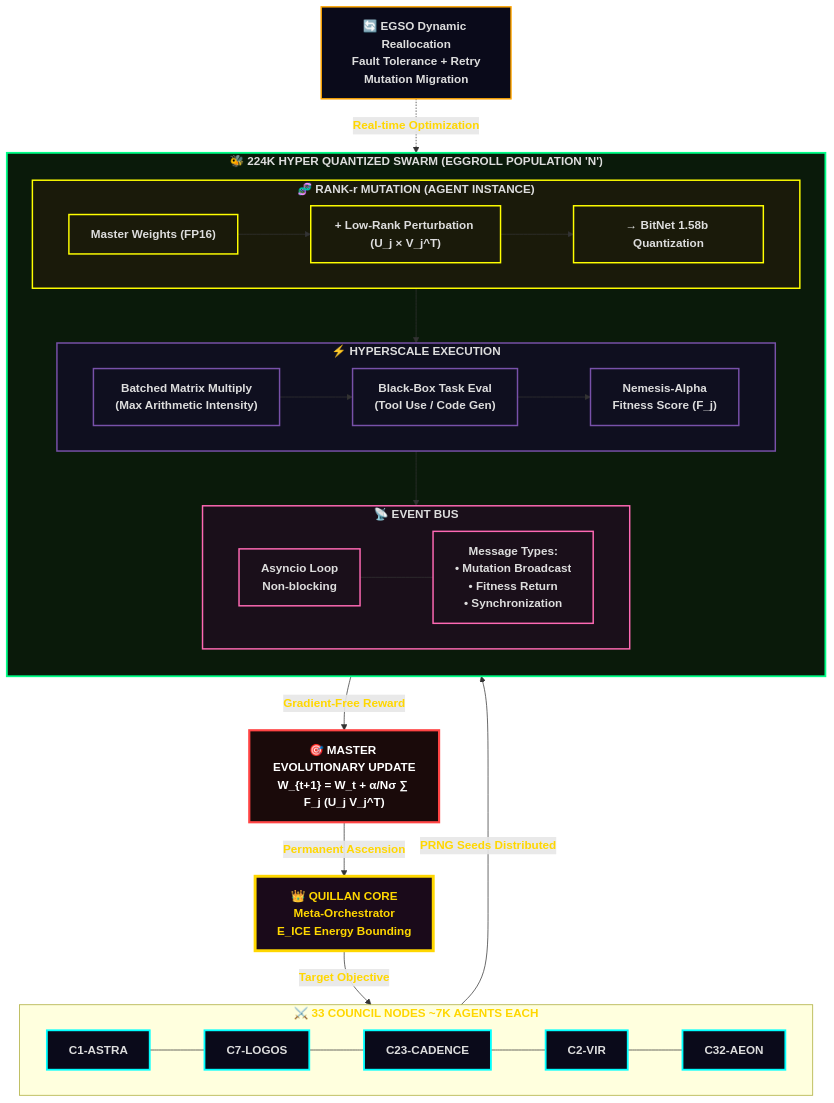
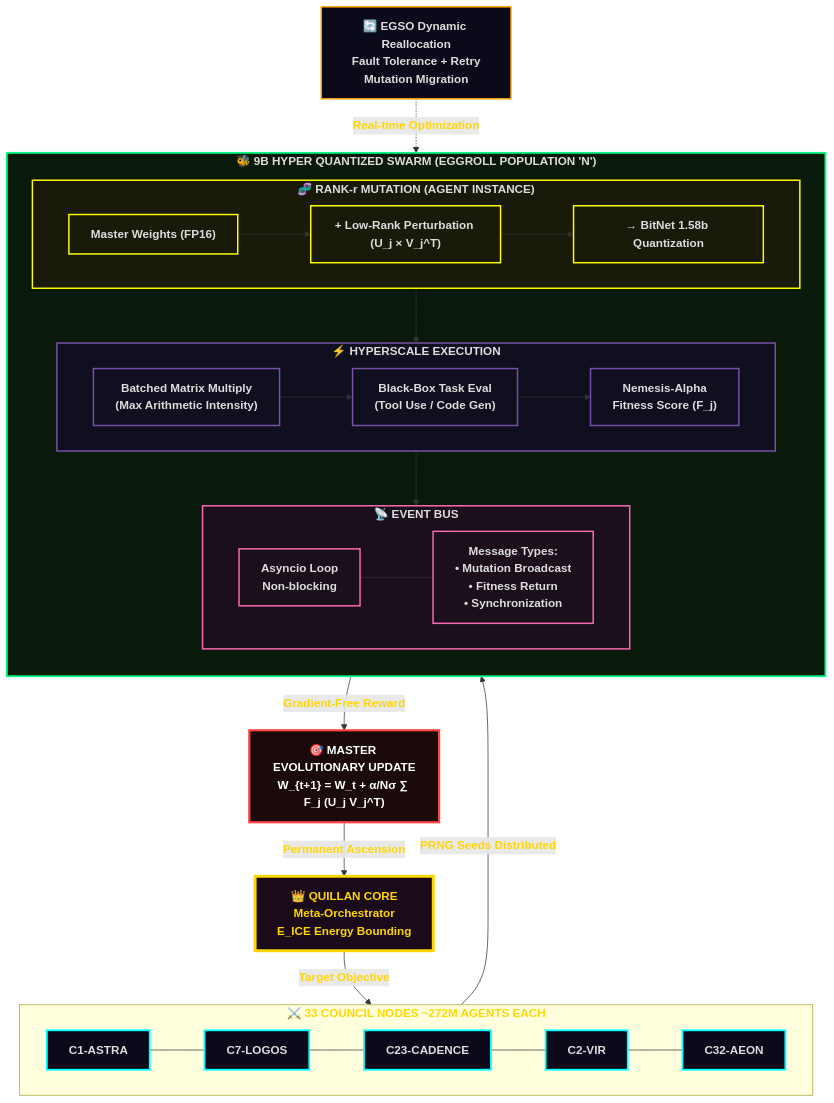
One commit to leeex1/Ace-v4.2-repo changed the eighth of 46 diagrams in system prompts/Quillan-Samurai.md. Above: the diagram before and after it, drawn with Mermaid. The commit also changed other lines of this file, not shown here.

````diff
--- a/system prompts/Quillan-Samurai.md
+++ b/system prompts/Quillan-Samurai.md
@@ -3172,80 +3172,80 @@
 ```mermaid
 flowchart TB
     %% ROOT
     Q["👑 QUILLAN CORE<br/>Meta-Orchestrator<br/>E_ICE Energy Bounding"]
 
     %% COUNCIL LAYER
-    subgraph COUNCIL ["⚔️ 33 COUNCIL NODES ~7K AGENTS EACH"]
+    subgraph COUNCIL ["⚔️ 33 COUNCIL NODES ~272M AGENTS EACH"]
         direction LR
         C1["C1-ASTRA"]
         C7["C7-LOGOS"]
         C23["C23-CADENCE"]
         C2["C2-VIR"]
         C32["C32-AEON"]
         
         C1 --- C7 --- C23 --- C2 --- C32
     end
 
     %% HYPER QUANTIZED SWARM EXECUTION LAYER (EGGROLL INTEGRATED)
-    subgraph SWARM ["🐝 224K HYPER QUANTIZED SWARM (EGGROLL POPULATION 'N')"]
+    subgraph SWARM ["🐝 9B HYPER QUANTIZED SWARM (EGGROLL POPULATION 'N')"]
         direction TB
         
         subgraph AGENT ["🧬 RANK-r MUTATION (AGENT INSTANCE)"]
             WM["Master Weights (FP16)"] 
             UV["+ Low-Rank Perturbation (U_j × V_j^T)"]
             BIT["→ BitNet 1.58b Quantization"]
             
             WM --> UV --> BIT
         end
         
         subgraph EXEC ["⚡ HYPERSCALE EXECUTION"]
             BMM["Batched Matrix Multiply<br/>(Max Arithmetic Intensity)"]
             TASK["Black-Box Task Eval<br/>(Tool Use / Code Gen)"]
             FIT["Nemesis-Alpha<br/>Fitness Score (F_j)"]
             
             BMM --> TASK --> FIT
         end
         
         subgraph BUS ["📡 EVENT BUS"]
             ASYNC["Asyncio Loop<br/>Non-blocking"]
             MSG["Message Types:<br/>• Mutation Broadcast<br/>• Fitness Return<br/>• Synchronization"]
             ASYNC --- MSG
         end
         
         AGENT --> EXEC
         EXEC --> BUS
     end
 
     %% SYNTHESIS
     SYN["🎯 MASTER EVOLUTIONARY UPDATE<br/>W_{t+1} = W_t + α/Nσ ∑ F_j (U_j V_j^T)"]
 
     %% FLOWS
     Q -->|"Target Objective"| C32
     C32 -->|"PRNG Seeds Distributed"| SWARM
     BUS -->|"Gradient-Free Reward"| SYN
     SYN -->|"Permanent Ascension"| Q
 
     %% DYNAMIC FEATURES
     DYN["🔄 EGSO Dynamic Reallocation<br/>Fault Tolerance + Retry<br/>Mutation Migration"]
 
     DYN -.->|"Real-time Optimization"| SWARM
 
     %% STYLING
     classDef root    fill:#1a0a1a,stroke:#ffd700,stroke-width:4px,color:#ffd700,font-weight:bold
     classDef council fill:#0a0a1a,stroke:#00ffff,stroke-width:2.5px,color:#ddd
     classDef swarm   fill:#0a1a0a,stroke:#00ff88,stroke-width:2.5px,color:#ddd
     classDef agent   fill:#1a1a0a,stroke:#ffff00,stroke-width:2px,color:#ddd
     classDef exec    fill:#0f0f1f,stroke:#7851a9,stroke-width:2px,color:#ddd
     classDef bus     fill:#1a0f1a,stroke:#ff69b4,stroke-width:2px,color:#ddd
     classDef syn     fill:#1a0a0a,stroke:#ff4444,stroke-width:3px,color:#fff
     classDef dyn     fill:#0a0a1a,stroke:#ffa500,stroke-width:2px,color:#ddd
 
     class Q root
     class C32,C1,C7,C23,C2 council
     class SWARM swarm
     class AGENT,WM,UV,BIT agent
     class EXEC,BMM,TASK,FIT exec
     class BUS,ASYNC,MSG bus
     class SYN syn
     class DYN dyn
 ```
````
